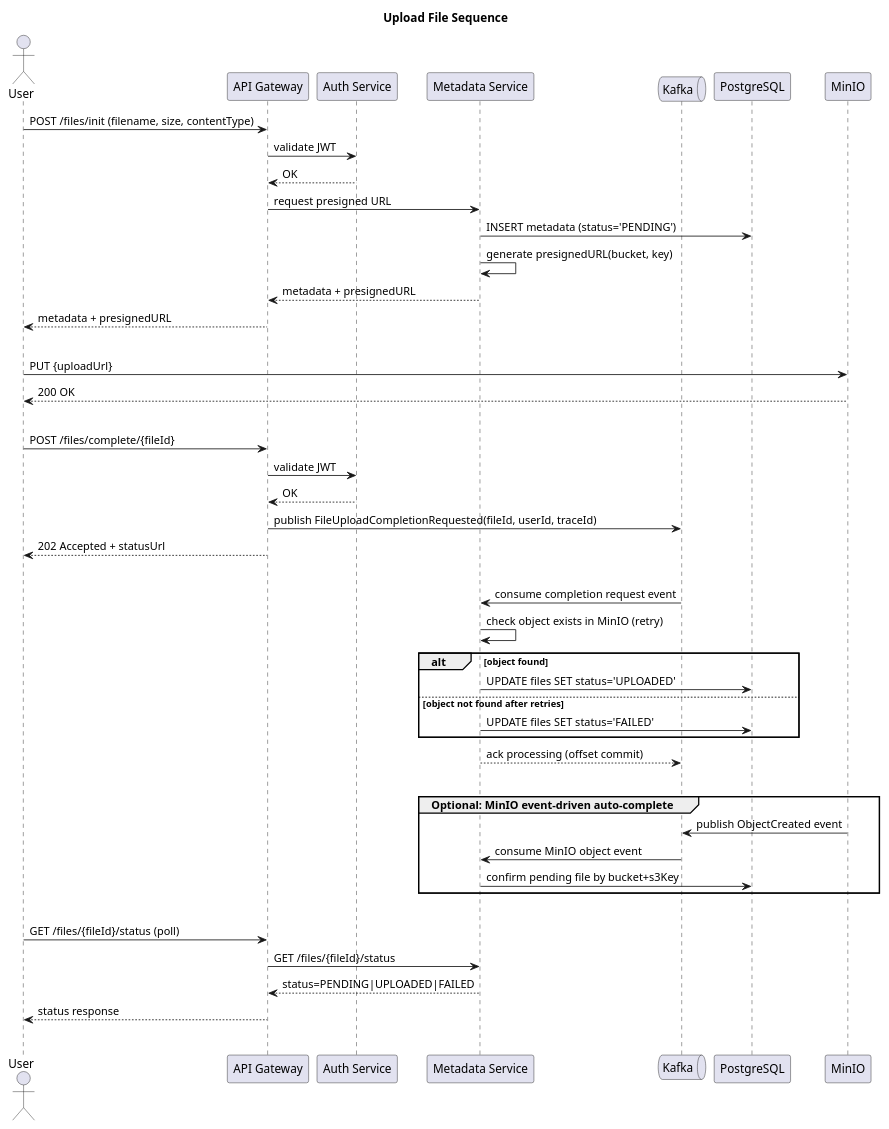
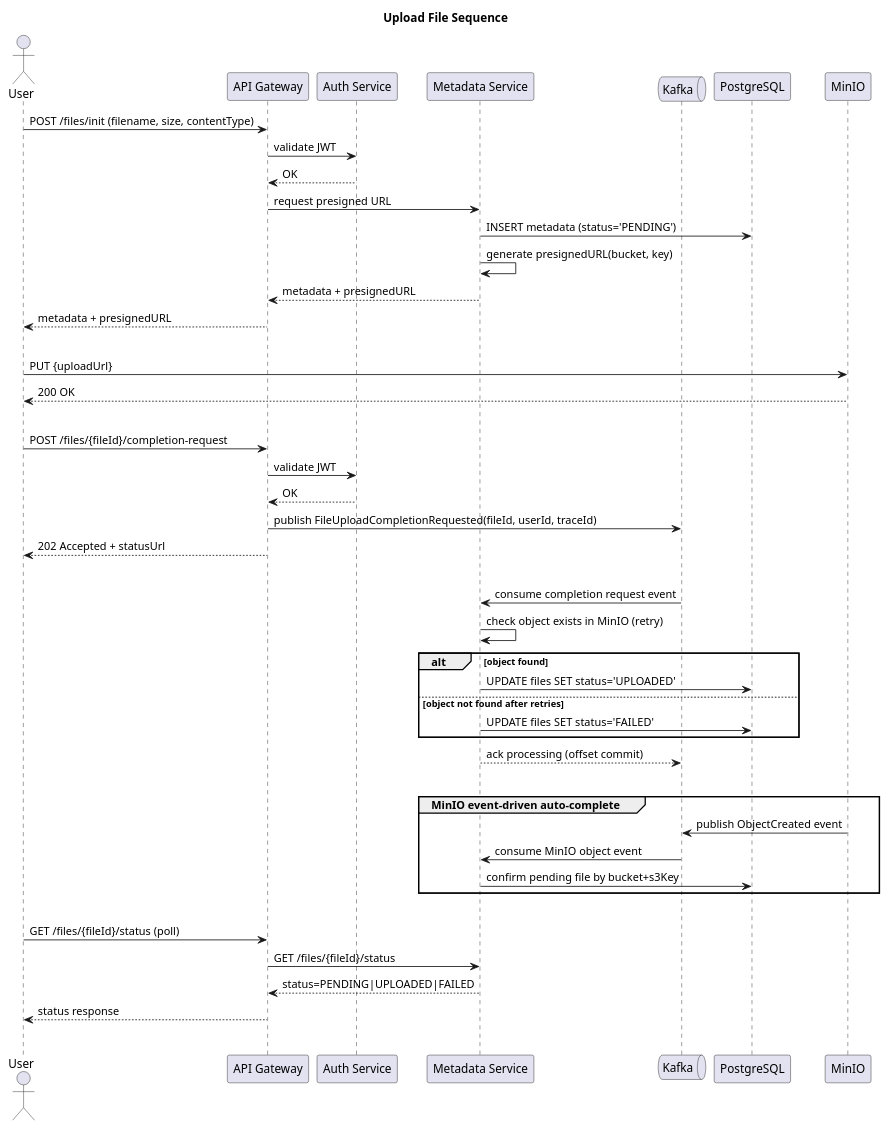
One commit to AndreiIauchuk/dropvox changed the diagram in diagrams/upload_flow_seq.puml. Above: the diagram before and after it, drawn with PlantUML. The commit also changed 15 other files, not shown here.

Commit message:
refactor upload completion flow; update API endpoint to /files/:fileId/completion-request and adjust related documentation and tests

```diff
--- a/diagrams/upload_flow_seq.puml
+++ b/diagrams/upload_flow_seq.puml
@@ -1,50 +1,50 @@
 @startuml upload_file_seq
 title Upload File Sequence
 
 actor "User" as user
 participant "API Gateway" as gate
 participant "Auth Service" as auth
 participant "Metadata Service" as metadata
 queue "Kafka" as kafka
 participant "PostgreSQL" as db
 participant "MinIO" as s3
 
 user -> gate: POST /files/init (filename, size, contentType)
 gate -> auth: validate JWT
 auth --> gate: OK
 gate -> metadata: request presigned URL
 metadata -> db: INSERT metadata (status='PENDING')
 metadata -> metadata: generate presignedURL(bucket, key)
 metadata --> gate: metadata + presignedURL
 gate --> user: metadata + presignedURL
 |||
 user -> s3: PUT {uploadUrl}
 s3 --> user: 200 OK
 |||
-user -> gate: POST /files/complete/{fileId}
+user -> gate: POST /files/{fileId}/completion-request
 gate -> auth: validate JWT
 auth --> gate: OK
 gate -> kafka: publish FileUploadCompletionRequested(fileId, userId, traceId)
 gate --> user: 202 Accepted + statusUrl
 |||
 kafka -> metadata: consume completion request event
 metadata -> metadata: check object exists in MinIO (retry)
 alt object found
   metadata -> db: UPDATE files SET status='UPLOADED'
 else object not found after retries
   metadata -> db: UPDATE files SET status='FAILED'
 end
 metadata --> kafka: ack processing (offset commit)
 |||
-group Optional: MinIO event-driven auto-complete
+group MinIO event-driven auto-complete
   s3 -> kafka: publish ObjectCreated event
   kafka -> metadata: consume MinIO object event
   metadata -> db: confirm pending file by bucket+s3Key
 end
 |||
 user -> gate: GET /files/{fileId}/status (poll)
 gate -> metadata: GET /files/{fileId}/status
 metadata --> gate: status=PENDING|UPLOADED|FAILED
 gate --> user: status response
 |||
 @enduml
```
